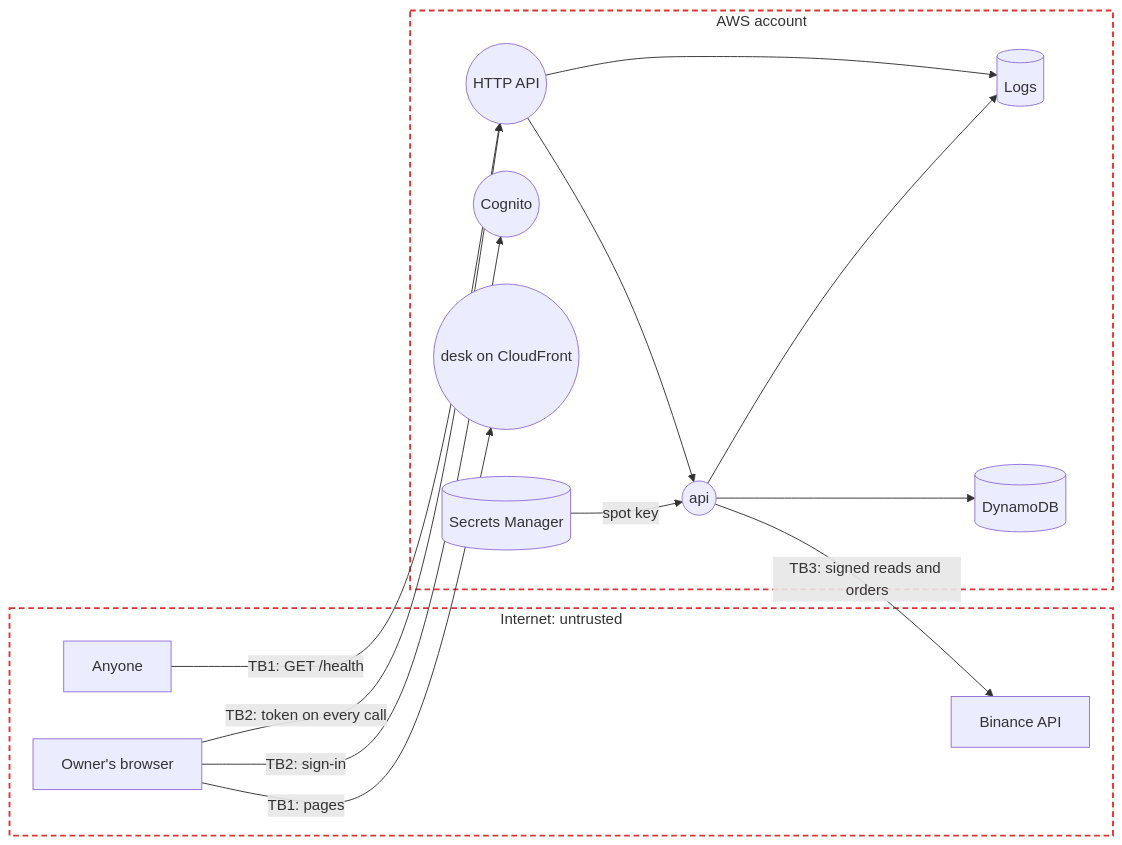
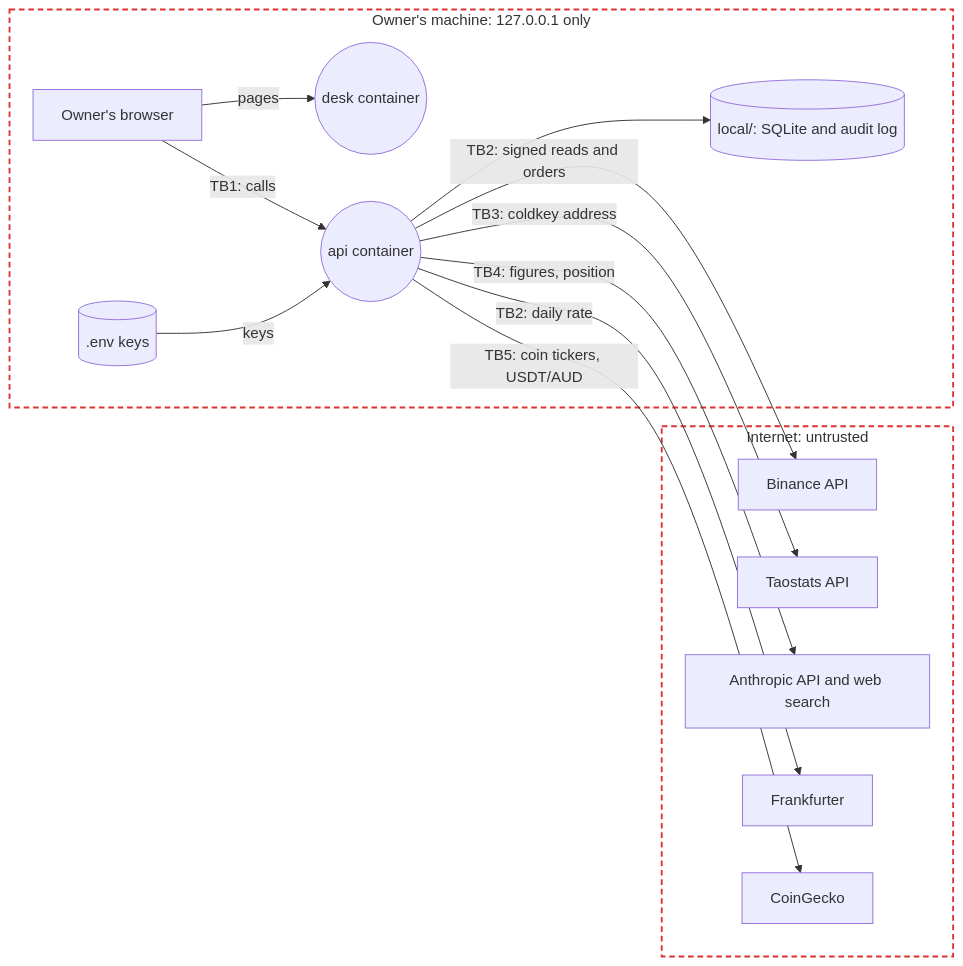
Before and after one commit to euginevd/trading-desk: the diagram in docs/threat-model.md, drawn with Mermaid. The commit also changed other lines of this file and 103 other files, not shown here.

Commit message:
AI-native desk redesign: Dashboard, DCA and grid bots, smart trades, position-aware AI plan (#6)

````diff
--- a/docs/threat-model.md
+++ b/docs/threat-model.md
@@ -7,29 +7,28 @@
 ```mermaid
 flowchart LR
+  subgraph machine ["Owner's machine: 127.0.0.1 only"]
+    owner[Owner's browser]
+    web((desk container))
+    api((api container))
+    env[(.env keys)]
+    db[(local/: SQLite and audit log)]
+  end
   subgraph internet ["Internet: untrusted"]
-    caller[Anyone]
-    owner[Owner's browser]
     binance[Binance API]
+    taostats[Taostats API]
+    anthropic[Anthropic API and web search]
+    fx[Frankfurter]
+    gecko[CoinGecko]
   end
-  subgraph aws ["AWS account"]
-    web((desk on CloudFront))
-    cognito((Cognito))
-    gateway((HTTP API))
-    api((api))
-    secret[(Secrets Manager)]
-    table[(DynamoDB)]
-    logs[(Logs)]
-  end
-  caller -- "TB1: GET /health" --> gateway
-  owner -- "TB1: pages" --> web
-  owner -- "TB2: sign-in" --> cognito
-  owner -- "TB2: token on every call" --> gateway
-  gateway --> api
-  api -- "TB3: signed reads and orders" --> binance
-  secret -- "spot key" --> api
-  api --> table
-  gateway --> logs
-  api --> logs
+  owner -- "pages" --> web
+  owner -- "TB1: calls" --> api
+  env -- "keys" --> api
+  api --> db
+  api -- "TB2: signed reads and orders" --> binance
+  api -- "TB3: coldkey address" --> taostats
+  api -- "TB4: figures, position" --> anthropic
+  api -- "TB2: daily rate" --> fx
+  api -- "TB5: coin tickers, USDT/AUD" --> gecko
   classDef boundary fill:none,stroke:#d33,stroke-width:2px,stroke-dasharray:6 4
-  class internet,aws boundary
+  class internet,machine boundary
 ```
````
